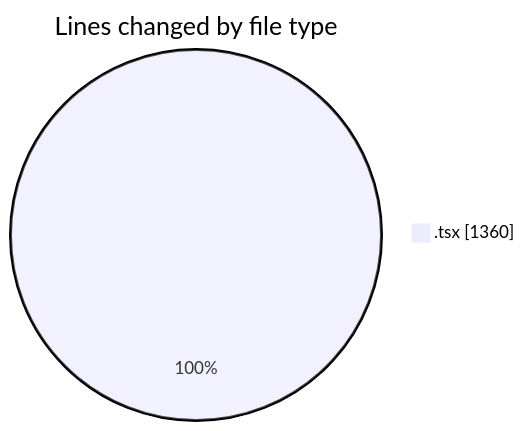
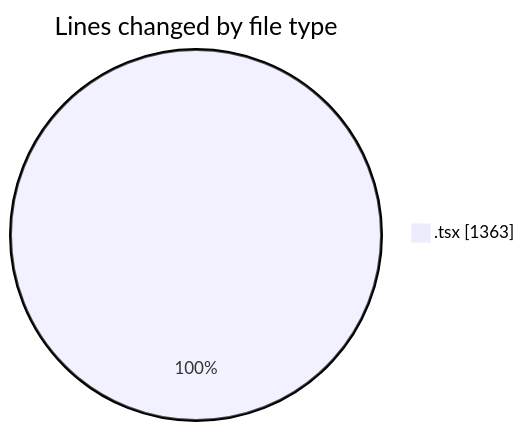
The first of 2 diagrams in 2025-10-10/eventscop-frontend-guide__workspace_/README.md (julien-gomy/code-tracking), drawn with Mermaid before and after one commit. The commit also changed other lines of this file and 1 other file, not shown here.

````diff
--- a/2025-10-10/eventscop-frontend-guide__workspace_/README.md
+++ b/2025-10-10/eventscop-frontend-guide__workspace_/README.md
@@ -24,5 +24,5 @@
 ```mermaid
 pie showData
 title Lines changed by file type
-".tsx" : 1360
+".tsx" : 1363
 ```
````
